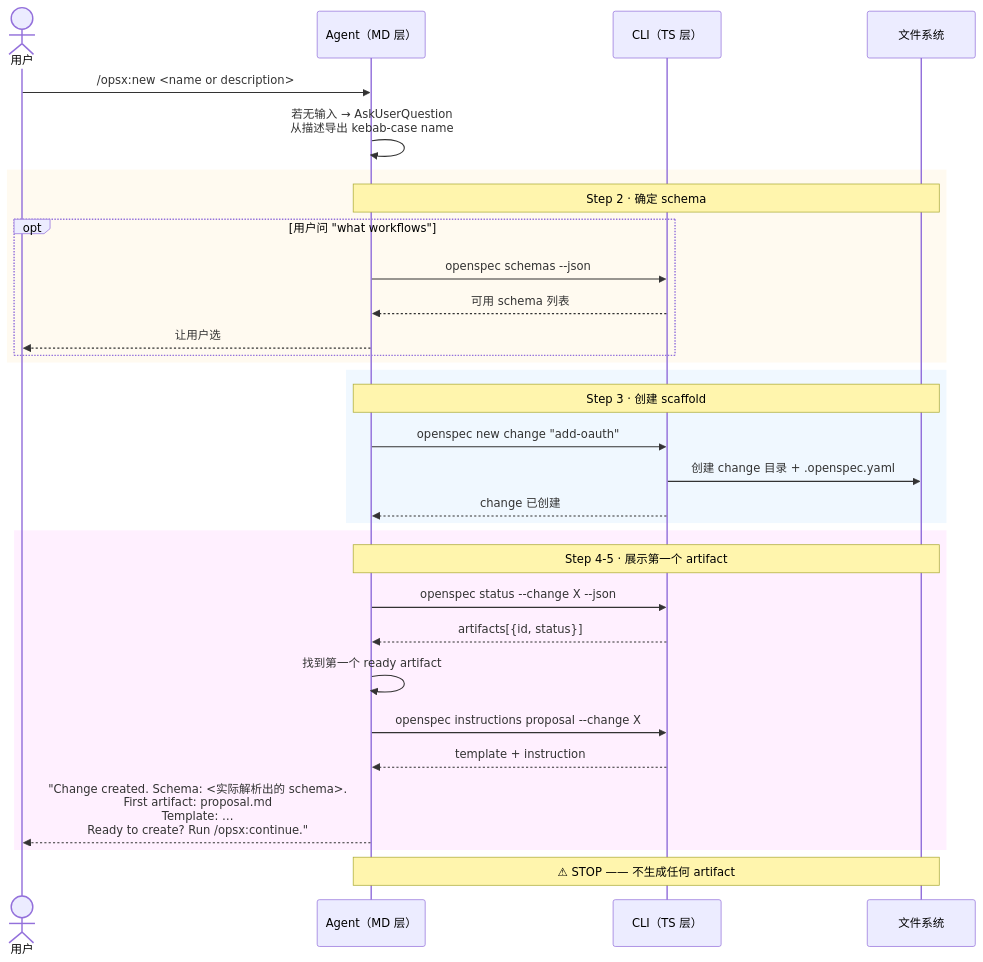
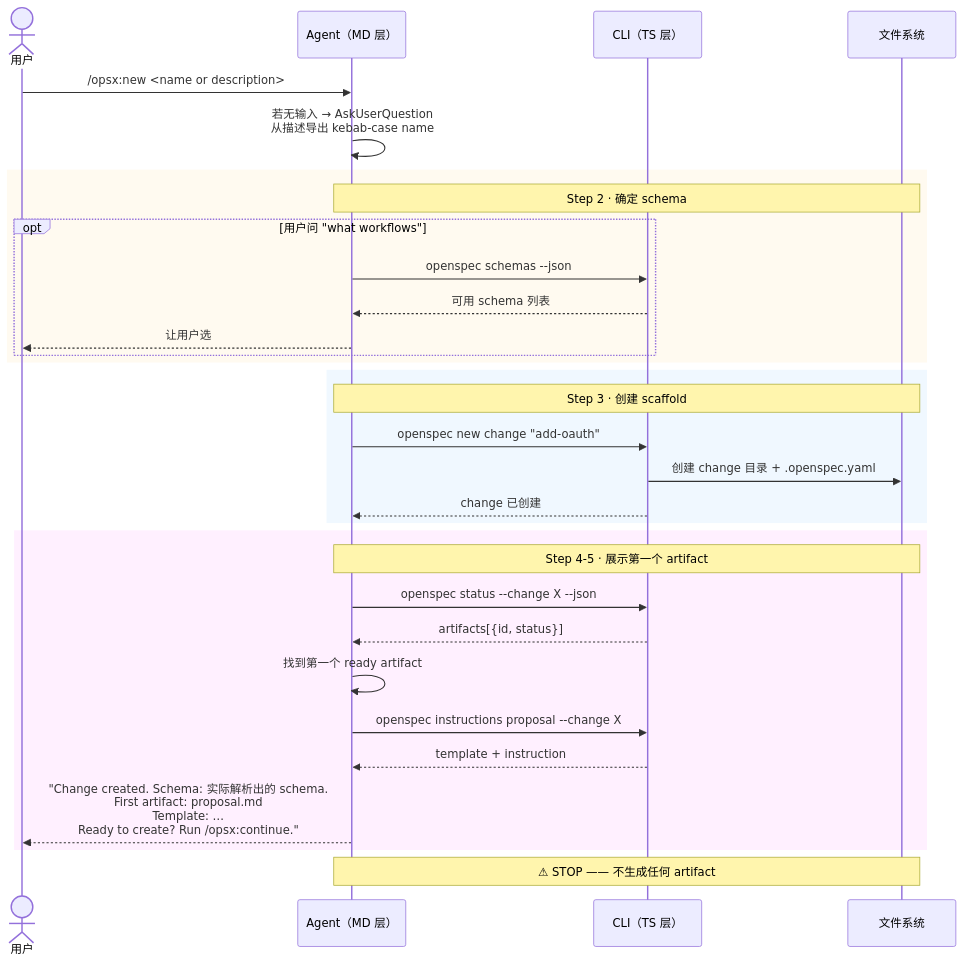
The diagram in _digested/workflows/03-new.md (ethan-jiang-3/OpenSpec), drawn with Mermaid before and after one commit. The commit also changed 25 other files, not shown here.

````diff
--- a/_digested/workflows/03-new.md
+++ b/_digested/workflows/03-new.md
@@ -39,38 +39,38 @@
 ```mermaid
 sequenceDiagram
     actor User as 用户
     participant MD as Agent（MD 层）
     participant TS as CLI（TS 层）
     participant FS as 文件系统
 
     User->>MD: /opsx:new <name or description>
     MD->>MD: 若无输入 → AskUserQuestion<br/>从描述导出 kebab-case name
 
     rect rgb(255, 250, 240)
         Note over MD,FS: Step 2 · 确定 schema
         opt 用户问 "what workflows"
             MD->>TS: openspec schemas --json
             TS-->>MD: 可用 schema 列表
             MD-->>User: 让用户选
         end
     end
 
     rect rgb(240, 248, 255)
         Note over MD,FS: Step 3 · 创建 scaffold
         MD->>TS: openspec new change "add-oauth"
         TS->>FS: 创建 change 目录 + .openspec.yaml
         TS-->>MD: change 已创建
     end
 
     rect rgb(255, 240, 255)
         Note over MD,FS: Step 4-5 · 展示第一个 artifact
         MD->>TS: openspec status --change X --json
         TS-->>MD: artifacts[{id, status}]
         MD->>MD: 找到第一个 ready artifact
         MD->>TS: openspec instructions proposal --change X
         TS-->>MD: template + instruction
-        MD-->>User: "Change created. Schema: <实际解析出的 schema>.<br/>First artifact: proposal.md<br/>Template: …<br/>Ready to create? Run /opsx:continue."
+        MD-->>User: "Change created. Schema: 实际解析出的 schema.<br/>First artifact: proposal.md<br/>Template: …<br/>Ready to create? Run /opsx:continue."
     end
 
     Note over MD,FS: ⚠ STOP —— 不生成任何 artifact
 ```
````
